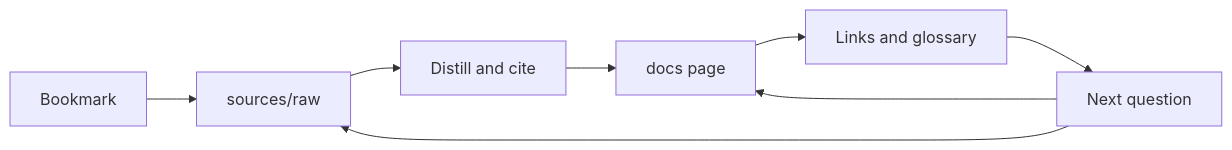
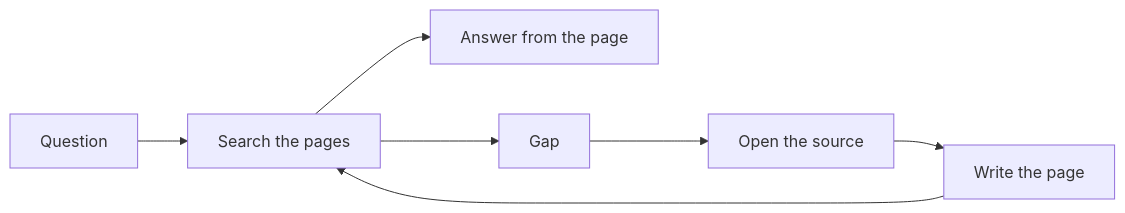
One commit to MoRohn/agentsphere changed the diagram in README.md. Above: the diagram before and after it, drawn with Mermaid. The commit also changed other lines of this file and 75 other files, not shown here.

````diff
--- a/README.md
+++ b/README.md
@@ -61,10 +71,9 @@
 ```mermaid
 flowchart LR
-  B["Bookmark"] --> R["sources/raw"]
-  R --> D["Distill and cite"]
-  D --> P["docs page"]
-  P --> L["Links and glossary"]
-  L --> Q["Next question"]
-  Q --> P
-  Q --> R
+  Q["Question"] --> P["Search the pages"]
+  P --> A["Answer from the page"]
+  P --> G["Gap"]
+  G --> S["Open the source"]
+  S --> W["Write the page"]
+  W --> P
 ```
````
